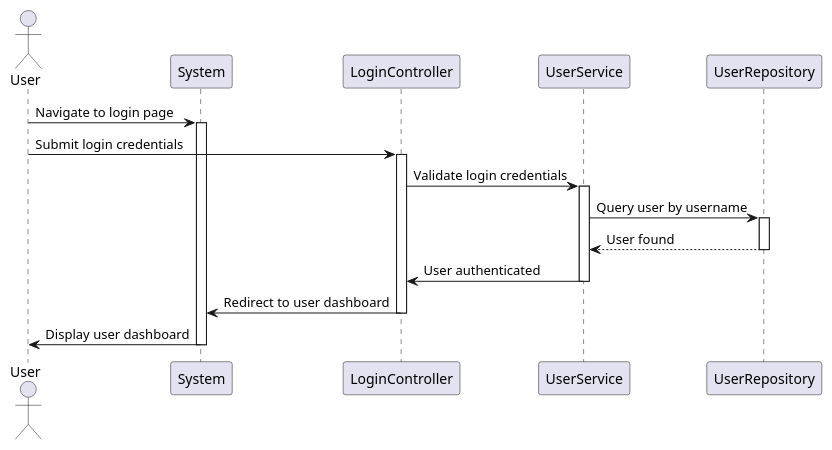
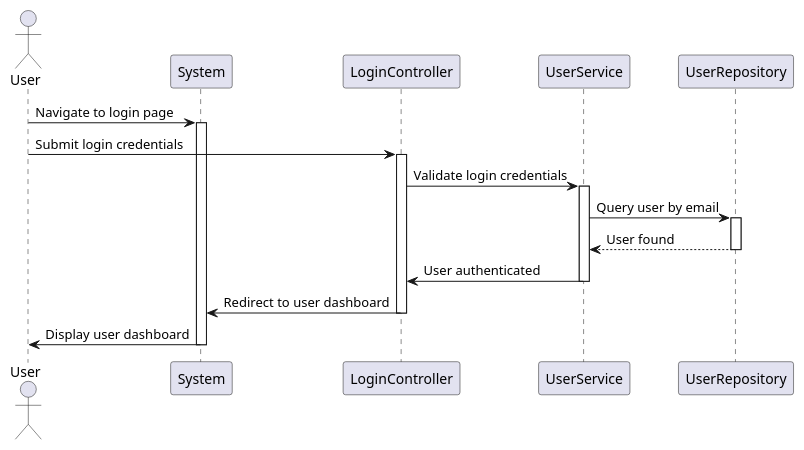
One commit to Waarrez/Blog-PHP-Projet-Openclassrooms changed the diagram in schémas/séquences/login_séquence.puml. Above: the diagram before and after it, drawn with PlantUML. The commit also changed 34 other files, not shown here.

```diff
--- a/schémas/séquences/login_séquence.puml
+++ b/schémas/séquences/login_séquence.puml
@@ -1,32 +1,32 @@
 @startuml
 
 actor User as User
 participant "System" as System
 participant LoginController as Controller
 participant UserService as UserService
 participant UserRepository as UserRepo
 
 User -> System: Navigate to login page
 activate System
 
 User -> Controller: Submit login credentials
 activate Controller
 
 Controller -> UserService: Validate login credentials
 activate UserService
 
-UserService -> UserRepo: Query user by username
+UserService -> UserRepo: Query user by email
 activate UserRepo
 UserRepo --> UserService: User found
 deactivate UserRepo
 
 UserService -> Controller: User authenticated
 deactivate UserService
 
 Controller -> System: Redirect to user dashboard
 deactivate Controller
 
 System -> User: Display user dashboard
 
 deactivate System
 @enduml
```
